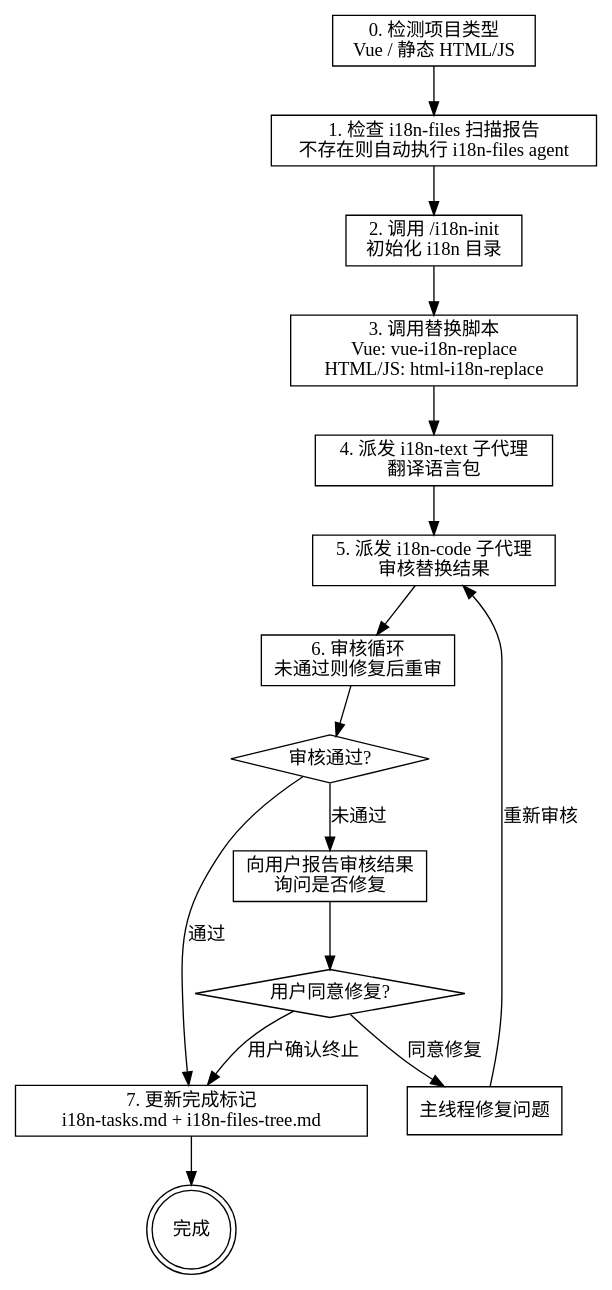
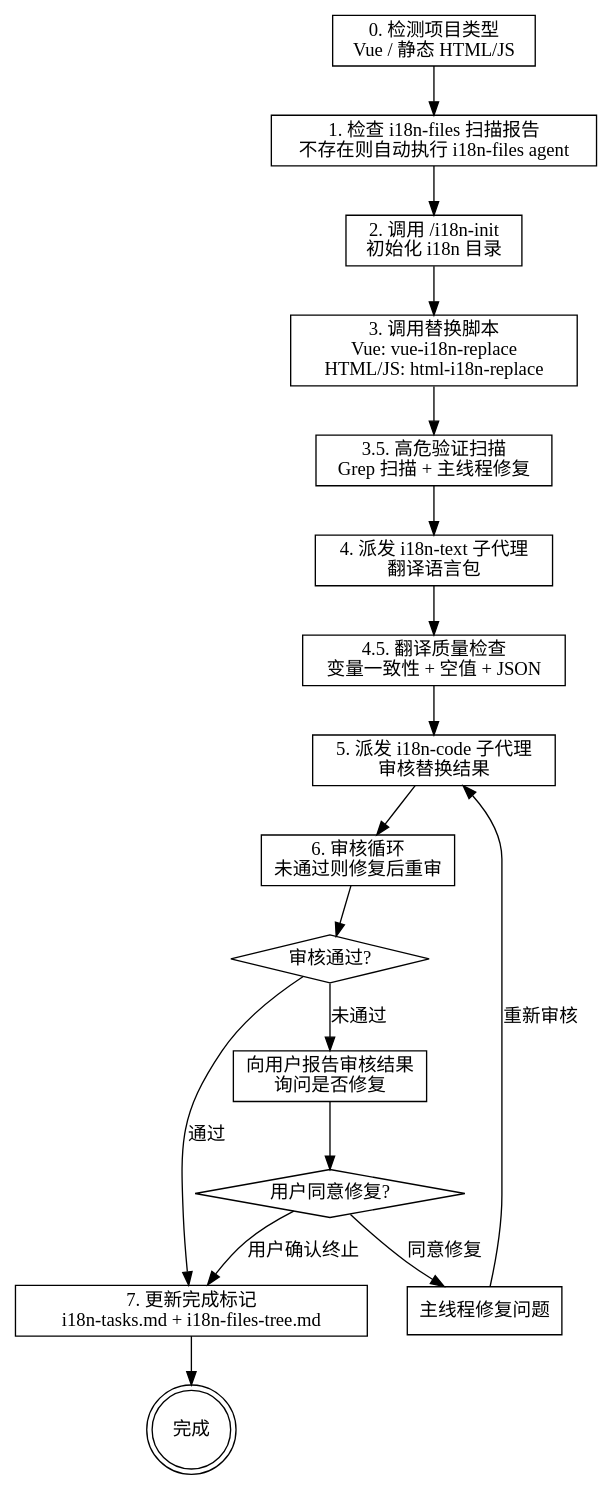
One commit to Chyelong/i18n-vue-plugin changed the diagram in skills/i18n-workflow/SKILL.md. Above: the diagram before and after it, drawn with Graphviz. The commit also changed other lines of this file and 7 other files, not shown here.

````diff
--- a/skills/i18n-workflow/SKILL.md
+++ b/skills/i18n-workflow/SKILL.md
@@ -42,33 +42,37 @@
 ```dot
 digraph i18n_workflow {
     rankdir=TB;
     "detect" [shape=box, label="0. 检测项目类型\nVue / 静态 HTML/JS"];
     "scan" [shape=box, label="1. 检查 i18n-files 扫描报告\n不存在则自动执行 i18n-files agent"];
     "init" [shape=box, label="2. 调用 /i18n-init\n初始化 i18n 目录"];
     "replace" [shape=box, label="3. 调用替换脚本\nVue: vue-i18n-replace\nHTML/JS: html-i18n-replace"];
+    "verify" [shape=box, label="3.5. 高危验证扫描\nGrep 扫描 + 主线程修复"];
     "translate" [shape=box, label="4. 派发 i18n-text 子代理\n翻译语言包"];
+    "quality" [shape=box, label="4.5. 翻译质量检查\n变量一致性 + 空值 + JSON"];
     "review" [shape=box, label="5. 派发 i18n-code 子代理\n审核替换结果"];
     "loop" [shape=box, label="6. 审核循环\n未通过则修复后重审"];
     "pass?" [shape=diamond, label="审核通过?"];
     "report" [shape=box, label="向用户报告审核结果\n询问是否修复"];
     "fix?" [shape=diamond, label="用户同意修复?"];
     "fix" [shape=box, label="主线程修复问题"];
     "mark" [shape=box, label="7. 更新完成标记\ni18n-tasks.md + i18n-files-tree.md"];
     "done" [shape=doublecircle, label="完成"];
 
     "detect" -> "scan";
     "scan" -> "init";
     "init" -> "replace";
-    "replace" -> "translate";
-    "translate" -> "review";
+    "replace" -> "verify";
+    "verify" -> "translate";
+    "translate" -> "quality";
+    "quality" -> "review";
     "review" -> "loop";
     "loop" -> "pass?";
     "pass?" -> "mark" [label="通过"];
     "pass?" -> "report" [label="未通过"];
     "report" -> "fix?";
     "fix?" -> "mark" [label="用户确认终止"];
     "fix?" -> "fix" [label="同意修复"];
     "fix" -> "review" [label="重新审核"];
     "mark" -> "done";
 }
 ```
````
